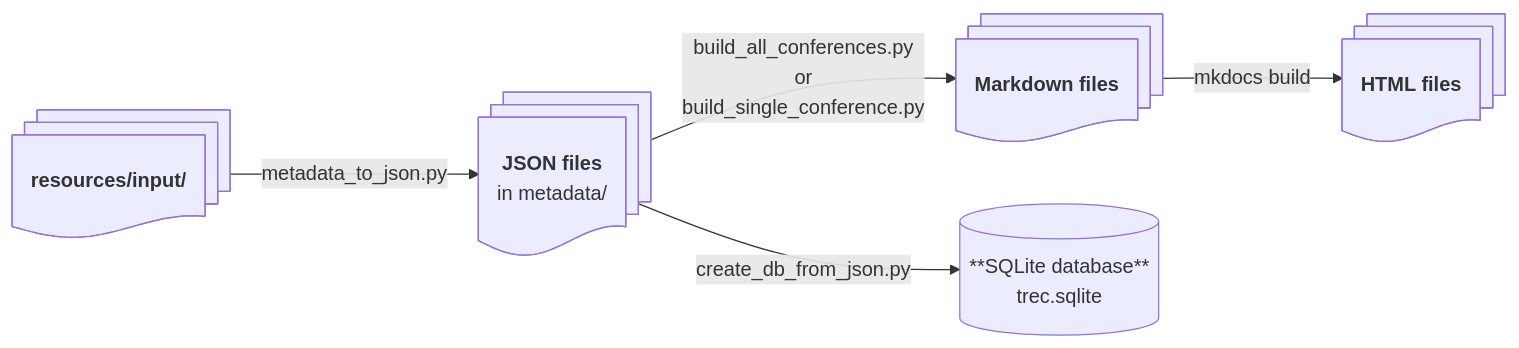
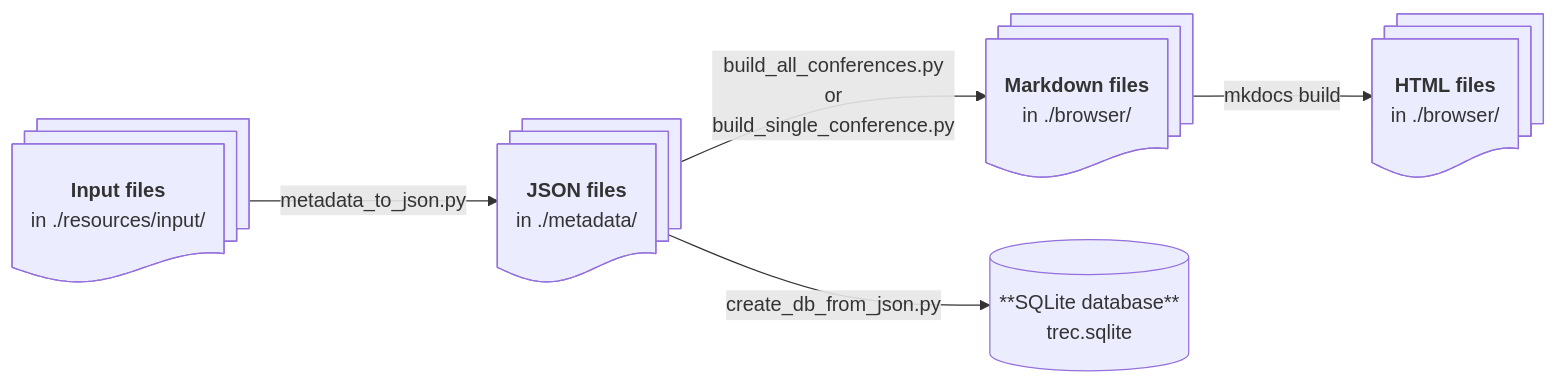
One commit to isoboroff/trec-pages-builder changed the second of 2 diagrams in README.md. Above: the diagram before and after it, drawn with Mermaid.

Commit message:
update workflow diagram.

````diff
--- a/README.md
+++ b/README.md
@@ -98,12 +98,12 @@
 ```mermaid
 ---
 theme: forest
 ---
 
 flowchart LR
-	A@{ shape: docs, label: "**resources/input/**"}	
-    A -->|metadata_to_json.py| B@{ shape: docs, label: "**JSON files** <br> in metadata/"}
-    B -->|build_all_conferences.py <br> or <br> build_single_conference.py| C@{ shape: docs, label: "**Markdown files**"}
+	A@{ shape: docs, label: "**Input files** <br> in ./resources/input/"}	
+    A -->|metadata_to_json.py| B@{ shape: docs, label: "**JSON files** <br> in ./metadata/"}
+    B -->|build_all_conferences.py <br> or <br> build_single_conference.py| C@{ shape: docs, label: "**Markdown files** <br> in ./browser/"}
 	B -->|create_db_from_json.py| D[(**SQLite database** <br> trec.sqlite)]
-    C -->|mkdocs build| E@{ shape: docs, label: "**HTML files**"}
+    C -->|mkdocs build| E@{ shape: docs, label: "**HTML files** <br> in ./browser/"}
 ```
````
